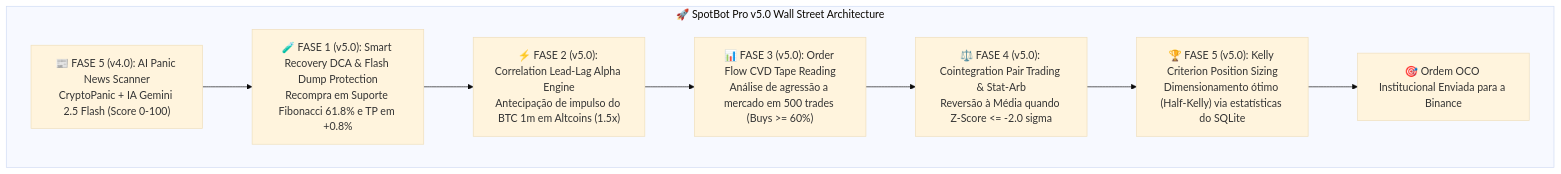
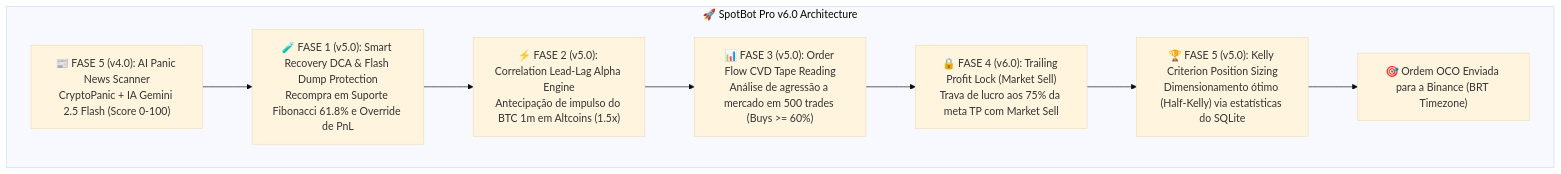
One commit to giovannebotelho/spotbot changed the diagram in README.md. Above: the diagram before and after it, drawn with Mermaid (base theme). The commit also changed other lines of this file and 5 other files, not shown here.

````diff
--- a/README.md
+++ b/README.md
@@ -15,11 +15,11 @@
 ```mermaid
 graph TD
-    subgraph Quant_Engine_v5 ["🚀 SpotBot Pro v5.0 Wall Street Architecture"]
+    subgraph Quant_Engine_v6 ["🚀 SpotBot Pro v6.0 Architecture"]
         F5["📰 FASE 5 (v4.0): AI Panic News Scanner<br/>CryptoPanic + IA Gemini 2.5 Flash (Score 0-100)"] --> F1
-        F1["🧪 FASE 1 (v5.0): Smart Recovery DCA & Flash Dump Protection<br/>Recompra em Suporte Fibonacci 61.8% e TP em +0.8%"] --> F2
+        F1["🧪 FASE 1 (v5.0): Smart Recovery DCA & Flash Dump Protection<br/>Recompra em Suporte Fibonacci 61.8% e Override de PnL"] --> F2
         F2["⚡ FASE 2 (v5.0): Correlation Lead-Lag Alpha Engine<br/>Antecipação de impulso do BTC 1m em Altcoins (1.5x)"] --> F3
         F3["📊 FASE 3 (v5.0): Order Flow CVD Tape Reading<br/>Análise de agressão a mercado em 500 trades (Buys >= 60%)"] --> F4
-        F4["⚖️ FASE 4 (v5.0): Cointegration Pair Trading & Stat-Arb<br/>Reversão à Média quando Z-Score <= -2.0 sigma"] --> KC
-        KC["🏆 FASE 5 (v5.0): Kelly Criterion Position Sizing<br/>Dimensionamento ótimo (Half-Kelly) via estatísticas do SQLite"] --> OCO["🎯 Ordem OCO Institucional Enviada para a Binance"]
+        F4["🔒 FASE 4 (v6.0): Trailing Profit Lock (Market Sell)<br/>Trava de lucro aos 75% da meta TP com Market Sell"] --> KC
+        KC["🏆 FASE 5 (v5.0): Kelly Criterion Position Sizing<br/>Dimensionamento ótimo (Half-Kelly) via estatísticas do SQLite"] --> OCO["🎯 Ordem OCO Enviada para a Binance (BRT Timezone)"]
     end
 ```
````
